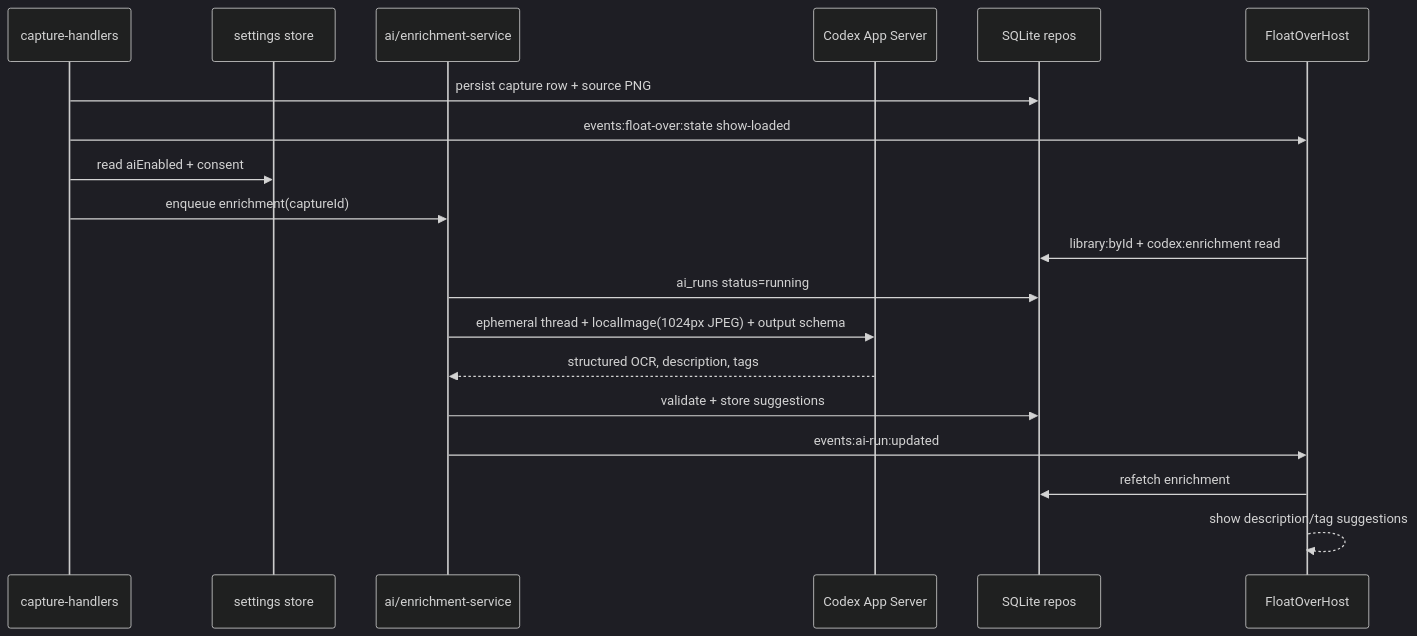
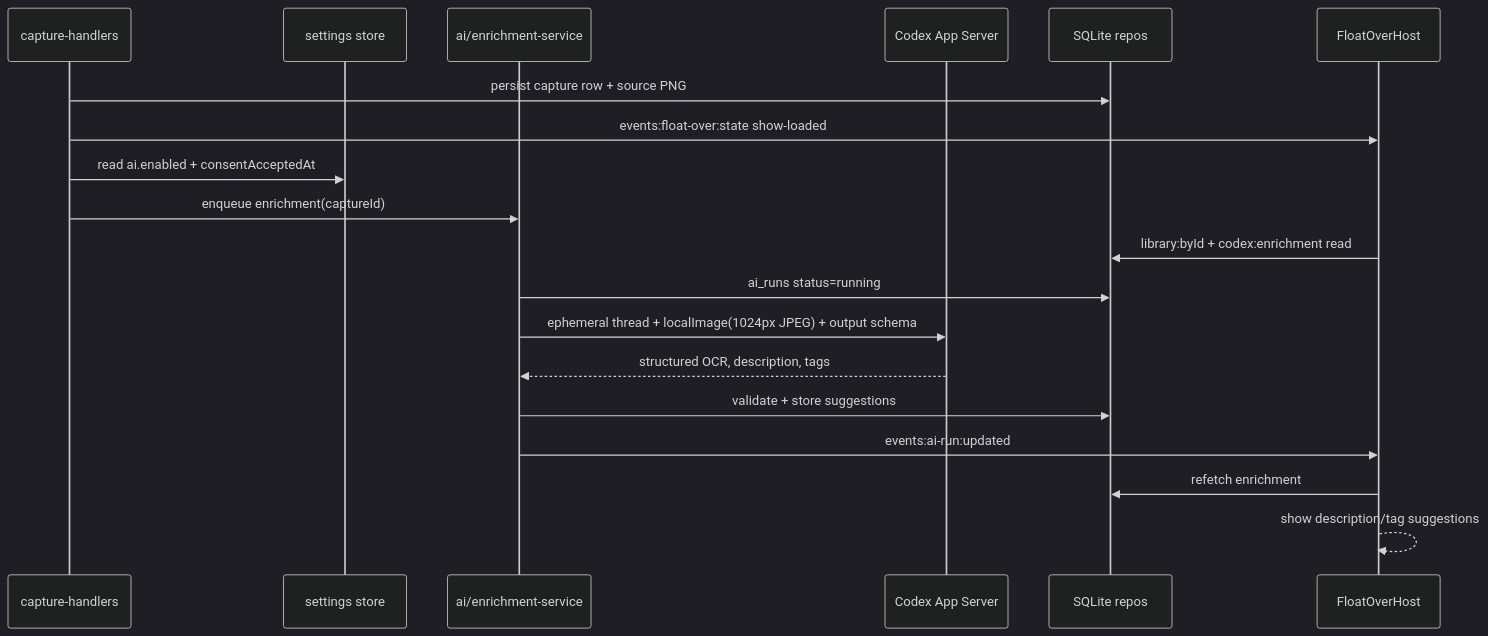
The first of 2 diagrams in docs/plans/2026-05-12-001-feat-codex-capture-enrichment-plan.md (pwrdrvr/PwrSnap), drawn with Mermaid (dark theme) before and after one commit. The commit also changed other lines of this file and 10 other files, not shown here.

````diff
--- a/docs/plans/2026-05-12-001-feat-codex-capture-enrichment-plan.md
+++ b/docs/plans/2026-05-12-001-feat-codex-capture-enrichment-plan.md
@@ -100,22 +100,22 @@
 ```mermaid
 sequenceDiagram
   participant Capture as capture-handlers
   participant Settings as settings store
   participant AI as ai/enrichment-service
   participant Codex as Codex App Server
   participant DB as SQLite repos
   participant Toast as FloatOverHost
 
   Capture->>DB: persist capture row + source PNG
   Capture->>Toast: events:float-over:state show-loaded
-  Capture->>Settings: read aiEnabled + consent
+  Capture->>Settings: read ai.enabled + consentAcceptedAt
   Capture->>AI: enqueue enrichment(captureId)
   Toast->>DB: library:byId + codex:enrichment read
   AI->>DB: ai_runs status=running
   AI->>Codex: ephemeral thread + localImage(1024px JPEG) + output schema
   Codex-->>AI: structured OCR, description, tags
   AI->>DB: validate + store suggestions
   AI->>Toast: events:ai-run:updated
   Toast->>DB: refetch enrichment
   Toast-->>Toast: show description/tag suggestions
 ```
````
